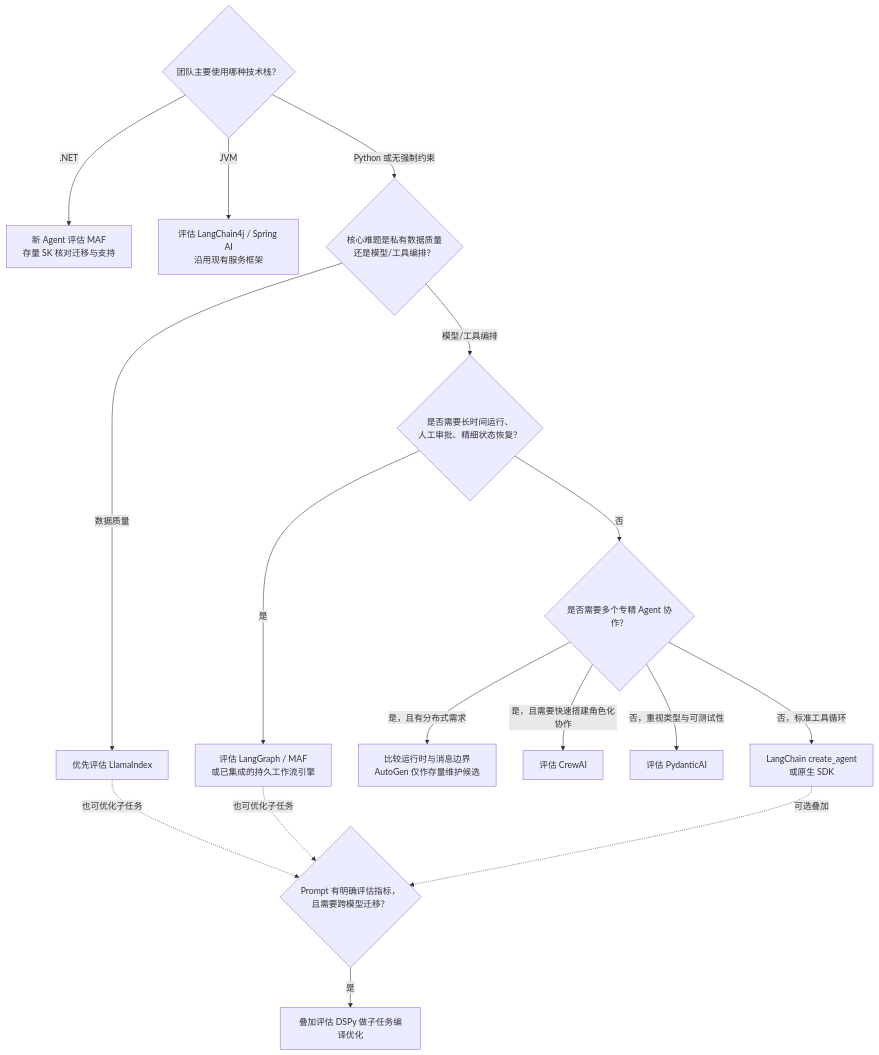
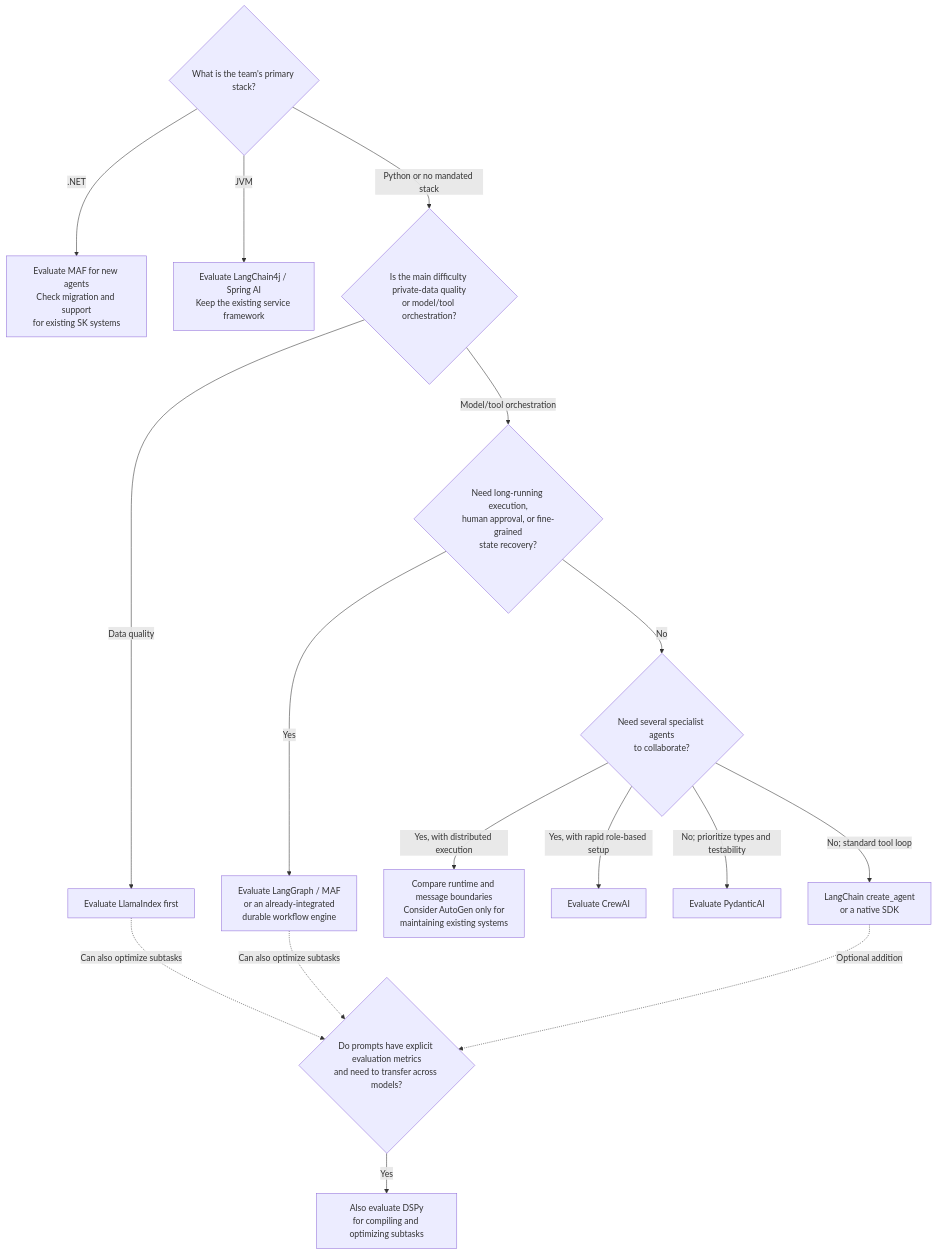
The third of 4 diagrams in docs/frameworks/06-selection-portability/23-lockin-and-portable-architecture.md (oneleaveknowsthefall/awesome-ai-roadmap), drawn with Mermaid before and after one commit. The commit also changed other lines of this file and 70 other files, not shown here.

````diff
--- a/docs/frameworks/06-selection-portability/23-lockin-and-portable-architecture.md
+++ b/docs/frameworks/06-selection-portability/23-lockin-and-portable-architecture.md
@@ -60,20 +60,20 @@
 ```mermaid
 flowchart TB
-    Q1{"团队主要使用哪种技术栈？"}
-    Q1 -->|".NET"| SK["新 Agent 评估 MAF<br/>存量 SK 核对迁移与支持"]
-    Q1 -->|"JVM"| JV["评估 LangChain4j / Spring AI<br/>沿用现有服务框架"]
-    Q1 -->|"Python 或无强制约束"| Q2{"核心难题是私有数据质量<br/>还是模型/工具编排？"}
-    Q2 -->|"数据质量"| LI["优先评估 LlamaIndex"]
-    Q2 -->|"模型/工具编排"| Q3{"是否需要长时间运行、<br/>人工审批、精细状态恢复？"}
-    Q3 -->|"是"| LG["评估 LangGraph / MAF<br/>或已集成的持久工作流引擎"]
-    Q3 -->|"否"| Q4{"是否需要多个专精 Agent 协作？"}
-    Q4 -->|"是，且有分布式需求"| AG["比较运行时与消息边界<br/>AutoGen 仅作存量维护候选"]
-    Q4 -->|"是，且需要快速搭建角色化协作"| CR["评估 CrewAI"]
-    Q4 -->|"否，重视类型与可测试性"| PA["评估 PydanticAI"]
-    Q4 -->|"否，标准工具循环"| LC["LangChain create_agent<br/>或原生 SDK"]
-    Q5{"Prompt 有明确评估指标，<br/>且需要跨模型迁移？"}
-    LC -.可选叠加.-> Q5
-    LI -.也可优化子任务.-> Q5
-    LG -.也可优化子任务.-> Q5
-    Q5 -->|"是"| DS["叠加评估 DSPy 做子任务编译优化"]
+    Q1{"What is the team's primary stack?"}
+    Q1 -->|".NET"| SK["Evaluate MAF for new agents<br/>Check migration and support<br/>for existing SK systems"]
+    Q1 -->|"JVM"| JV["Evaluate LangChain4j / Spring AI<br/>Keep the existing service framework"]
+    Q1 -->|"Python or no mandated stack"| Q2{"Is the main difficulty private-data quality<br/>or model/tool orchestration?"}
+    Q2 -->|"Data quality"| LI["Evaluate LlamaIndex first"]
+    Q2 -->|"Model/tool orchestration"| Q3{"Need long-running execution,<br/>human approval, or fine-grained<br/>state recovery?"}
+    Q3 -->|"Yes"| LG["Evaluate LangGraph / MAF<br/>or an already-integrated<br/>durable workflow engine"]
+    Q3 -->|"No"| Q4{"Need several specialist agents<br/>to collaborate?"}
+    Q4 -->|"Yes, with distributed execution"| AG["Compare runtime and message boundaries<br/>Consider AutoGen only for<br/>maintaining existing systems"]
+    Q4 -->|"Yes, with rapid role-based setup"| CR["Evaluate CrewAI"]
+    Q4 -->|"No; prioritize types and testability"| PA["Evaluate PydanticAI"]
+    Q4 -->|"No; standard tool loop"| LC["LangChain create_agent<br/>or a native SDK"]
+    Q5{"Do prompts have explicit evaluation metrics<br/>and need to transfer across models?"}
+    LC -.Optional addition.-> Q5
+    LI -.Can also optimize subtasks.-> Q5
+    LG -.Can also optimize subtasks.-> Q5
+    Q5 -->|"Yes"| DS["Also evaluate DSPy<br/>for compiling and optimizing subtasks"]
 ```
````
